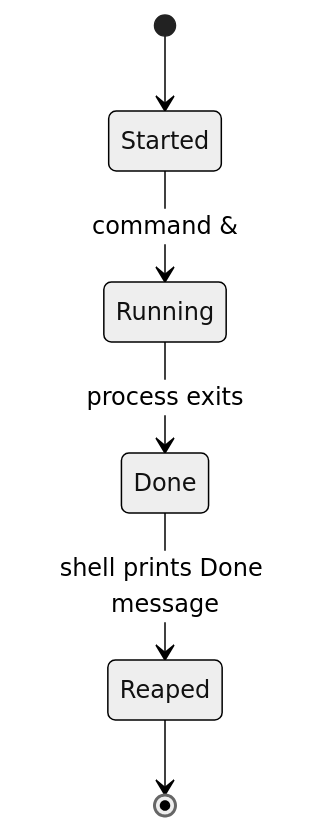
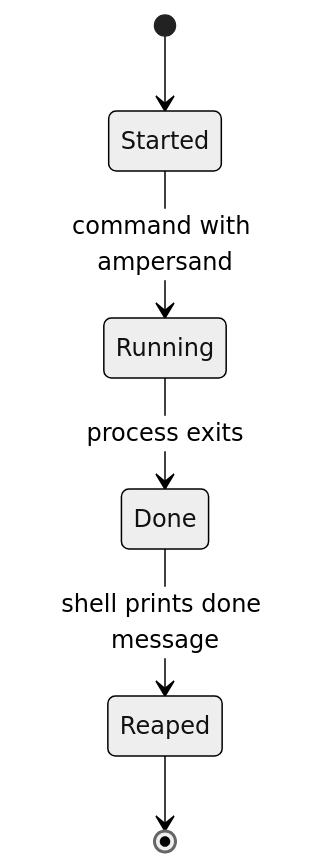
The fifth of 8 diagrams in README.md (ItsSanskar8/OS-ShellProject), drawn with Mermaid (neutral theme) before and after one commit. The commit also changed other lines of this file, not shown here.

````diff
--- a/README.md
+++ b/README.md
@@ -148,8 +218,8 @@
 ```mermaid
 stateDiagram-v2
     [*] --> Started
-    Started --> Running: command &
+    Started --> Running: command with ampersand
     Running --> Done: process exits
-    Done --> Reaped: shell prints Done message
+    Done --> Reaped: shell prints done message
     Reaped --> [*]
 ```
````
